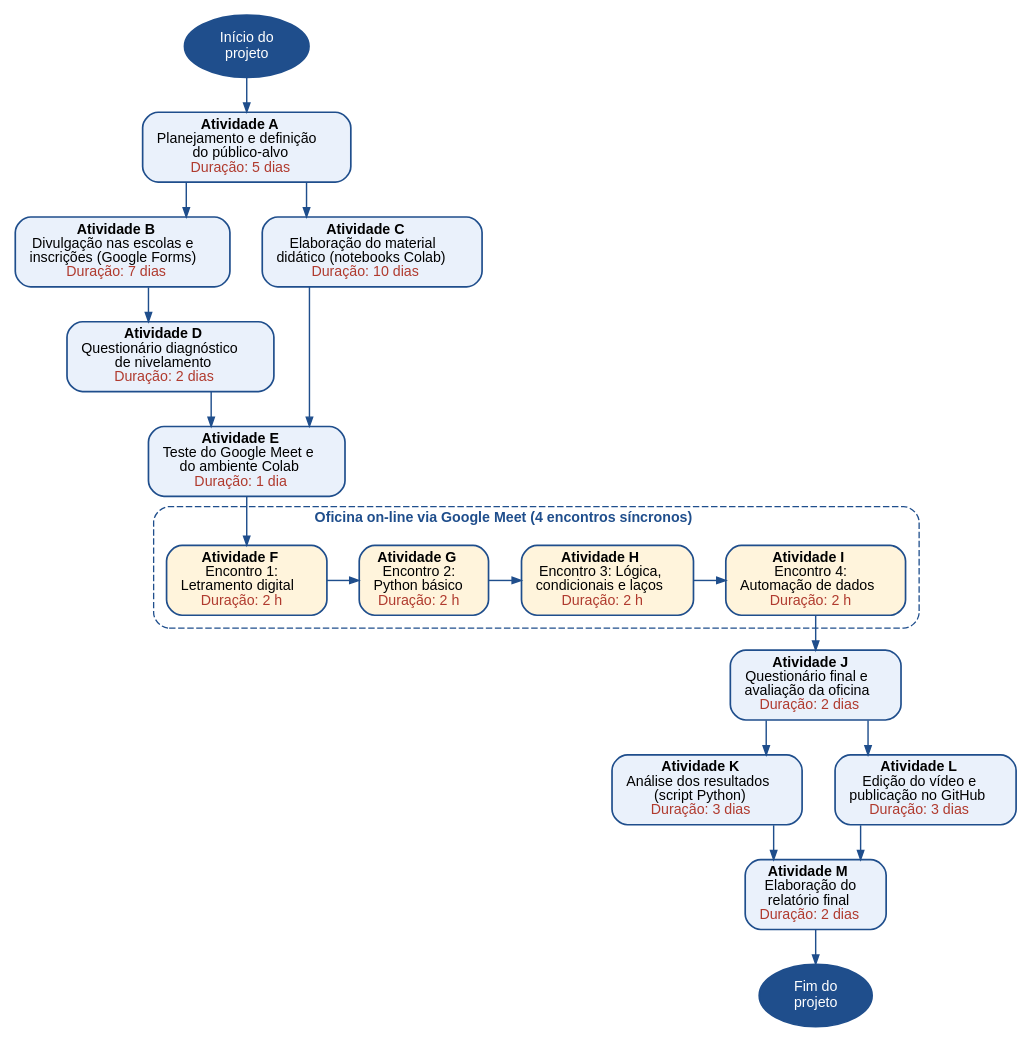
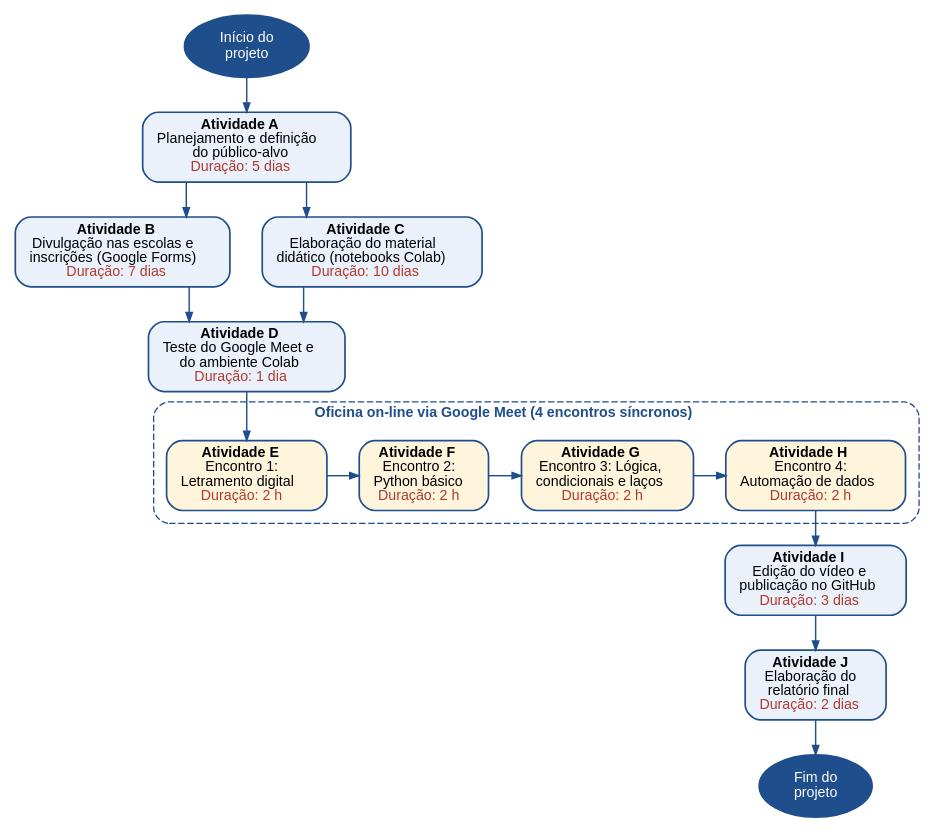
One commit to Italo-Albuquerque/oficina-python-inclusao-digital changed the diagram in metodologia/diagrama_metodologia.dot. Above: the diagram before and after it, drawn with Graphviz. The commit also changed 9 other files, not shown here.

```diff
--- a/metodologia/diagrama_metodologia.dot
+++ b/metodologia/diagrama_metodologia.dot
@@ -1,47 +1,42 @@
 // Diagrama de rede da metodologia do projeto
 // Gerar a imagem: dot -Tpng -Gdpi=200 diagrama_metodologia.dot -o diagrama_metodologia.png
 digraph metodologia {
   rankdir=TB;
   nodesep=0.35;
   ranksep=0.38;
   splines=ortho;
   fontname="Helvetica";
   node [shape=box, style="rounded,filled", fillcolor="#EAF1FB", color="#1F4E8C",
         fontname="Helvetica", fontsize=11, penwidth=1.3, margin="0.15,0.07"];
   edge [color="#1F4E8C", arrowsize=0.7, penwidth=1.1];
 
   inicio [label="Início do\nprojeto", shape=ellipse, fillcolor="#1F4E8C", fontcolor="white"];
   fim    [label="Fim do\nprojeto",    shape=ellipse, fillcolor="#1F4E8C", fontcolor="white"];
 
   A [label=<<b>Atividade A</b><br/>Planejamento e definição<br/>do público-alvo<br/><font color="#B03A2E">Duração: 5 dias</font>>];
   B [label=<<b>Atividade B</b><br/>Divulgação nas escolas e<br/>inscrições (Google Forms)<br/><font color="#B03A2E">Duração: 7 dias</font>>];
   C [label=<<b>Atividade C</b><br/>Elaboração do material<br/>didático (notebooks Colab)<br/><font color="#B03A2E">Duração: 10 dias</font>>];
-  D [label=<<b>Atividade D</b><br/>Questionário diagnóstico<br/>de nivelamento<br/><font color="#B03A2E">Duração: 2 dias</font>>];
-  E [label=<<b>Atividade E</b><br/>Teste do Google Meet e<br/>do ambiente Colab<br/><font color="#B03A2E">Duração: 1 dia</font>>];
+  E [label=<<b>Atividade D</b><br/>Teste do Google Meet e<br/>do ambiente Colab<br/><font color="#B03A2E">Duração: 1 dia</font>>];
 
   subgraph cluster_oficina {
     label=<<b>Oficina on-line via Google Meet (4 encontros síncronos)</b>>;
     fontsize=11; fontcolor="#1F4E8C"; color="#1F4E8C"; style="dashed,rounded"; margin=10;
-    F [label=<<b>Atividade F</b><br/>Encontro 1:<br/>Letramento digital<br/><font color="#B03A2E">Duração: 2 h</font>>, fillcolor="#FFF4DC"];
-    G [label=<<b>Atividade G</b><br/>Encontro 2:<br/>Python básico<br/><font color="#B03A2E">Duração: 2 h</font>>, fillcolor="#FFF4DC"];
-    H [label=<<b>Atividade H</b><br/>Encontro 3: Lógica,<br/>condicionais e laços<br/><font color="#B03A2E">Duração: 2 h</font>>, fillcolor="#FFF4DC"];
-    I [label=<<b>Atividade I</b><br/>Encontro 4:<br/>Automação de dados<br/><font color="#B03A2E">Duração: 2 h</font>>, fillcolor="#FFF4DC"];
+    F [label=<<b>Atividade E</b><br/>Encontro 1:<br/>Letramento digital<br/><font color="#B03A2E">Duração: 2 h</font>>, fillcolor="#FFF4DC"];
+    G [label=<<b>Atividade F</b><br/>Encontro 2:<br/>Python básico<br/><font color="#B03A2E">Duração: 2 h</font>>, fillcolor="#FFF4DC"];
+    H [label=<<b>Atividade G</b><br/>Encontro 3: Lógica,<br/>condicionais e laços<br/><font color="#B03A2E">Duração: 2 h</font>>, fillcolor="#FFF4DC"];
+    I [label=<<b>Atividade H</b><br/>Encontro 4:<br/>Automação de dados<br/><font color="#B03A2E">Duração: 2 h</font>>, fillcolor="#FFF4DC"];
     {rank=same; F; G; H; I;}
   }
 
-  J [label=<<b>Atividade J</b><br/>Questionário final e<br/>avaliação da oficina<br/><font color="#B03A2E">Duração: 2 dias</font>>];
-  K [label=<<b>Atividade K</b><br/>Análise dos resultados<br/>(script Python)<br/><font color="#B03A2E">Duração: 3 dias</font>>];
-  L [label=<<b>Atividade L</b><br/>Edição do vídeo e<br/>publicação no GitHub<br/><font color="#B03A2E">Duração: 3 dias</font>>];
-  M [label=<<b>Atividade M</b><br/>Elaboração do<br/>relatório final<br/><font color="#B03A2E">Duração: 2 dias</font>>];
+  L [label=<<b>Atividade I</b><br/>Edição do vídeo e<br/>publicação no GitHub<br/><font color="#B03A2E">Duração: 3 dias</font>>];
+  M [label=<<b>Atividade J</b><br/>Elaboração do<br/>relatório final<br/><font color="#B03A2E">Duração: 2 dias</font>>];
 
   inicio -> A;
   A -> B; A -> C;
-  B -> D;
-  C -> E; D -> E;
+  B -> E; C -> E;
   E -> F;
   F -> G -> H -> I;
-  I -> J;
-  J -> K; J -> L;
-  K -> M; L -> M;
+  I -> L;
+  L -> M;
   M -> fim;
 }
```
